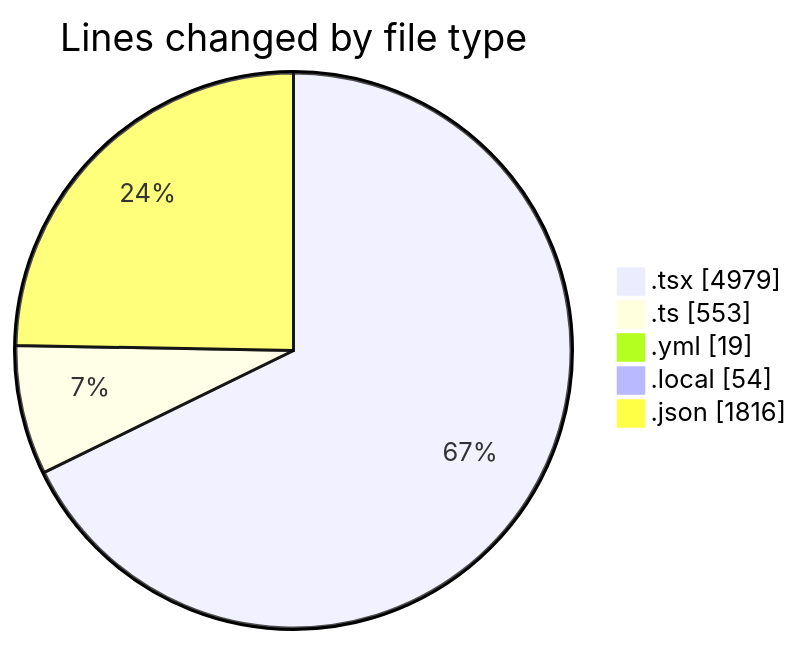
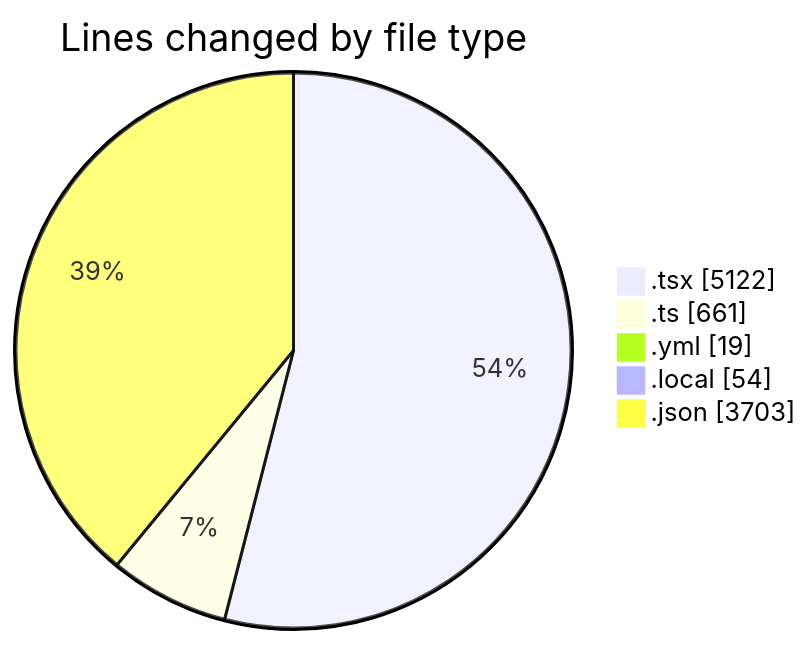
One commit to julien-gomy/code-tracking changed the first of 2 diagrams in 2025-11-18/eventscop-frontend-guide__workspace_/README.md. Above: the diagram before and after it, drawn with Mermaid. The commit also changed other lines of this file and 1 other file, not shown here.

````diff
--- a/2025-11-18/eventscop-frontend-guide__workspace_/README.md
+++ b/2025-11-18/eventscop-frontend-guide__workspace_/README.md
@@ -65,9 +66,9 @@
 ```mermaid
 pie showData
 title Lines changed by file type
-".tsx" : 4979
-".ts" : 553
+".tsx" : 5122
+".ts" : 661
 ".yml" : 19
 ".local" : 54
-".json" : 1816
+".json" : 3703
 ```
````
